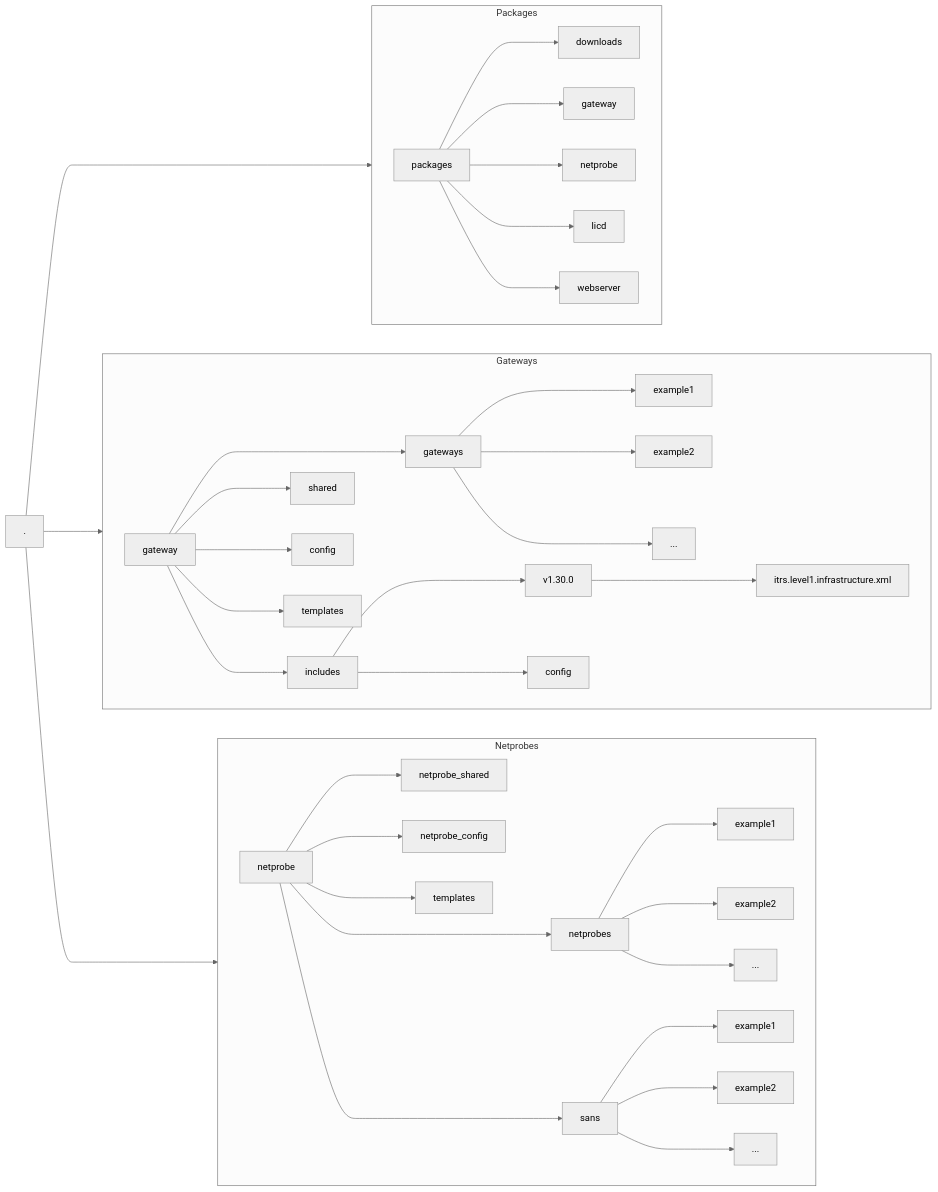
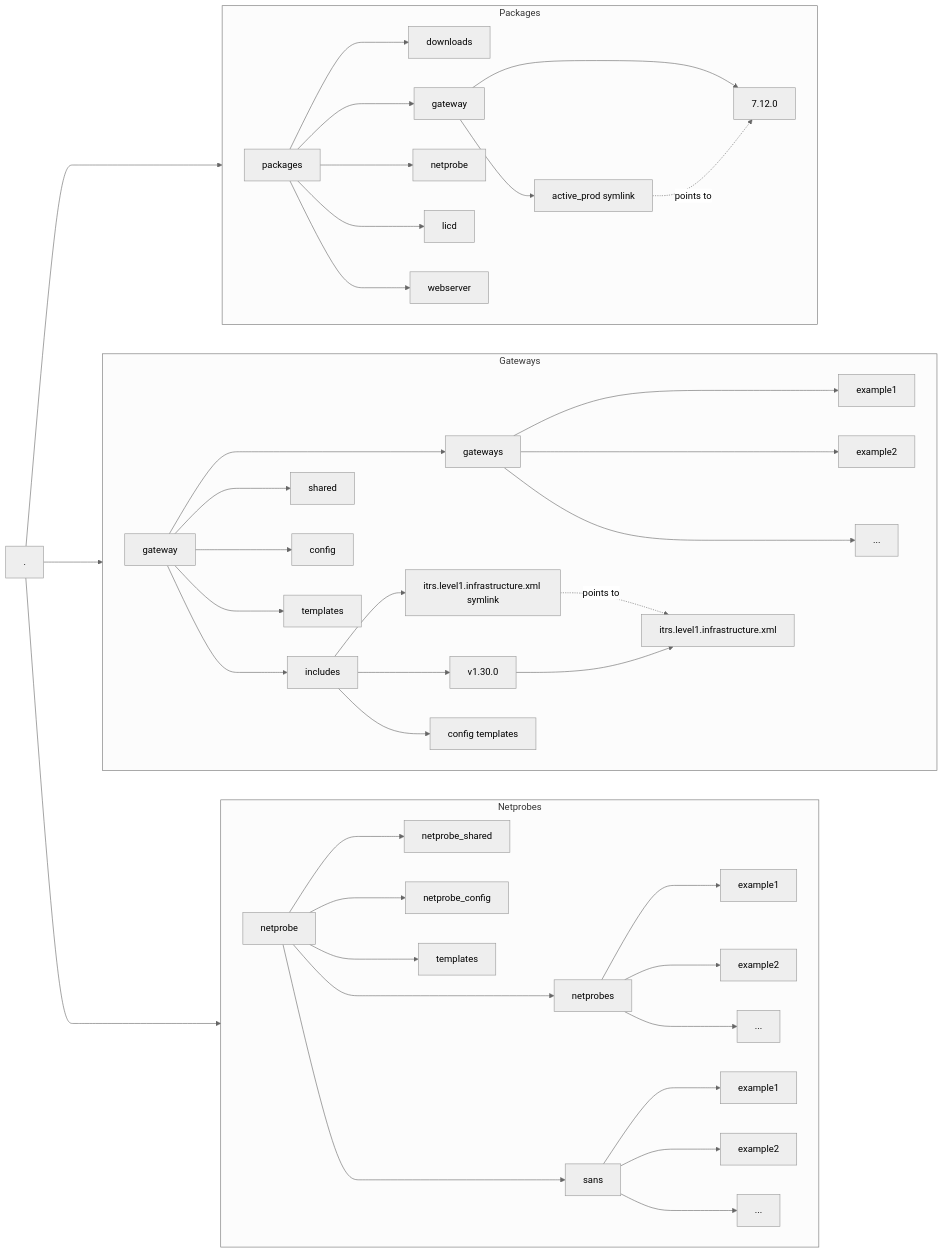
The diagram in tools/geneos/README.md (ITRS-Group/cordial), drawn with Mermaid before and after one commit. The commit also changed other lines of this file, not shown here.

Commit message:
update readme a bit more

````diff
--- a/tools/geneos/README.md
+++ b/tools/geneos/README.md
@@ -283,39 +281,45 @@
 ```mermaid
 %%{ init: { 'theme': 'neutral', 'flowchart': { 'curve': 'basis' } } }%%
 flowchart LR
   root[.]
   root ---> Packages
     subgraph Packages
       direction LR
       packages ---> packages/downloads[downloads]
-      packages ---> packages/gateway[gateway]
+      packages ---> packageGateway[gateway]
+      packageGateway --> gatewayActiveProd[active_prod symlink]
+      packageGateway --> gatewayPackageVersion[7.12.0]
+      gatewayActiveProd -.->|points to| gatewayPackageVersion
       packages ---> packages/netprobe[netprobe]
       packages ---> packages/licd[licd]
       packages ---> packages/webserver[webserver]
     end
   root ---> Gateways
     subgraph Gateways
       direction LR
       gateway ----> gateway/gateways[gateways]
       gateway ---> gateway/shared[shared] & gateway/config[config] & gateway/templates[templates]
-      gateway ---> gateway/includes[includes]
-        gateway/includes ---> gateway/includes/v1.30.0[v1.30.0] & gateway/includes/config[config]
-        gateway/includes/v1.30.0 ---> gateway/includes/v1.30.0/itrs.level1.infrastructure.xml[itrs.level1.infrastructure.xml]
+      gateway ---> gatewayIncludes[includes]
+      gatewayIncludes --> gatewayIncludeLink[itrs.level1.infrastructure.xml symlink]
+      gatewayIncludes --> gatewayIncludeVersion[v1.30.0]
+      gatewayIncludes --> gatewayIncludeConfig[config templates]
+      gatewayIncludeVersion --> gatewayIncludeFile[itrs.level1.infrastructure.xml]
+      gatewayIncludeLink -.->|points to| gatewayIncludeFile
         gateway/gateways ---> gateway/gateways/example1[example1]
         gateway/gateways ---> gateway/gateways/example2[example2]
         gateway/gateways ---> gateway/gateways/example3[...]
     end
   root ---> Netprobes
     subgraph Netprobes
       direction LR
       netprobe ----> netprobe/netprobes[netprobes]
       netprobe ----> netprobe/sans[sans]
       netprobe ---> netprobe_shared & netprobe_config & netprobe/templates[templates]
         netprobe/netprobes ---> netprobe/netprobes/example1[example1]
         netprobe/netprobes ---> netprobe/netprobes/example2[example2]
         netprobe/netprobes ---> netprobe/netprobes/example3[...]
         netprobe/sans ---> netprobe/sans/example1[example1]
         netprobe/sans ---> netprobe/sans/example2[example2]
         netprobe/sans ---> netprobe/sans/example3[...]
     end
 ```
````
